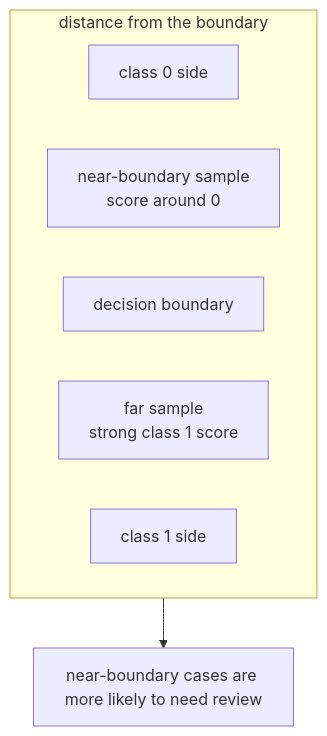
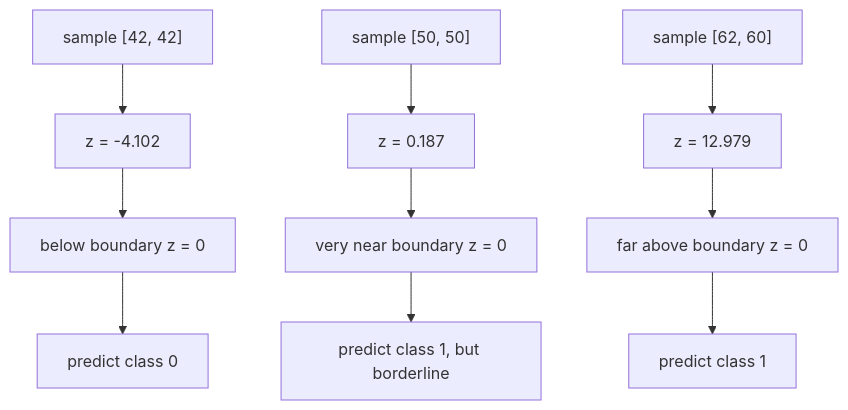
One commit to devchan64/AiBook changed the fourth of 4 diagrams in docs/parts/part-03/chapter-11/section-02.md. Above: the diagram before and after it, drawn with Mermaid. The commit also changed other lines of this file and 1 other file, not shown here.

Commit message:
docs(part-03): refine decision boundary and kernel explanations

````diff
--- a/docs/parts/part-03/chapter-11/section-02.md
+++ b/docs/parts/part-03/chapter-11/section-02.md
@@ -284,13 +313,17 @@
 ```mermaid
 flowchart TD
-  subgraph S["distance from the boundary"]
-    direction LR
-    L["class 0 side"]
-    N["near-boundary sample<br/>score around 0"]
-    B["decision boundary"]
-    F["far sample<br/>strong class 1 score"]
-    R["class 1 side"]
-  end
+  A["sample [42, 42]"]
+  A --> A1["z = -4.102"]
+  A1 --> A2["below boundary z = 0"]
+  A2 --> A3["predict class 0"]
 
-  S --> T["near-boundary cases are more likely to need review"]
+  B["sample [50, 50]"]
+  B --> B1["z = 0.187"]
+  B1 --> B2["very near boundary z = 0"]
+  B2 --> B3["predict class 1, but borderline"]
+
+  C["sample [62, 60]"]
+  C --> C1["z = 12.979"]
+  C1 --> C2["far above boundary z = 0"]
+  C2 --> C3["predict class 1"]
 ```
````
